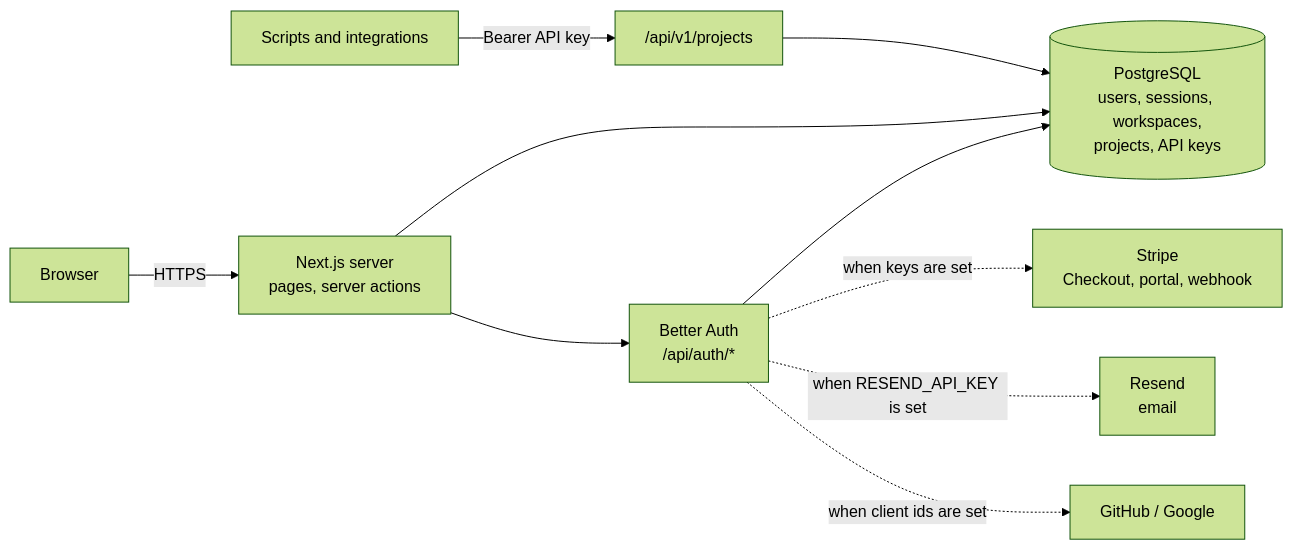
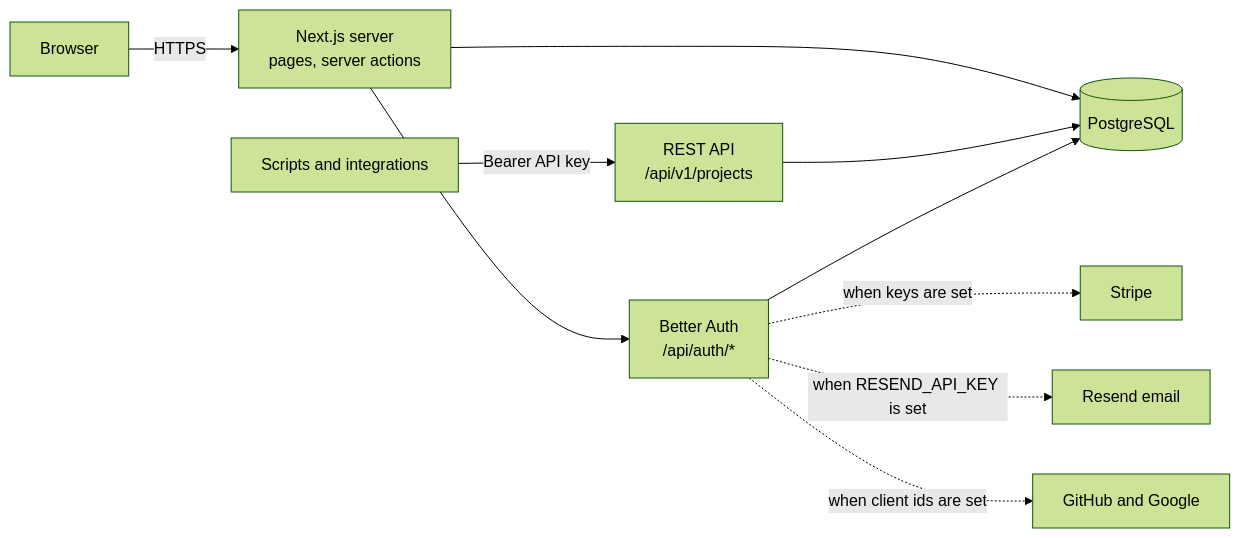
The diagram in starters/saas-starter-nextjs/README.md (light-cloud-com/templates), drawn with Mermaid (forest theme) before and after one commit. The commit also changed other lines of this file and 2 other files, not shown here.

````diff
--- a/starters/saas-starter-nextjs/README.md
+++ b/starters/saas-starter-nextjs/README.md
@@ -23,12 +170,12 @@
 ```mermaid
 flowchart LR
     browser["Browser"] -->|HTTPS| app["Next.js server<br/>pages, server actions"]
-    client["Scripts and integrations"] -->|"Bearer API key"| api["/api/v1/projects"]
+    scripts["Scripts and integrations"] -->|"Bearer API key"| api["REST API<br/>/api/v1/projects"]
     app --> auth["Better Auth<br/>/api/auth/*"]
+    app --> db[("PostgreSQL")]
     api --> db
-    app --> db[("PostgreSQL<br/>users, sessions, workspaces,<br/>projects, API keys")]
     auth --> db
-    auth -.->|"when keys are set"| stripe["Stripe<br/>Checkout, portal, webhook"]
-    auth -.->|"when RESEND_API_KEY is set"| resend["Resend<br/>email"]
-    auth -.->|"when client ids are set"| oauth["GitHub / Google"]
+    auth -.->|"when keys are set"| stripe["Stripe"]
+    auth -.->|"when RESEND_API_KEY is set"| resend["Resend email"]
+    auth -.->|"when client ids are set"| oauth["GitHub and Google"]
 ```
````
